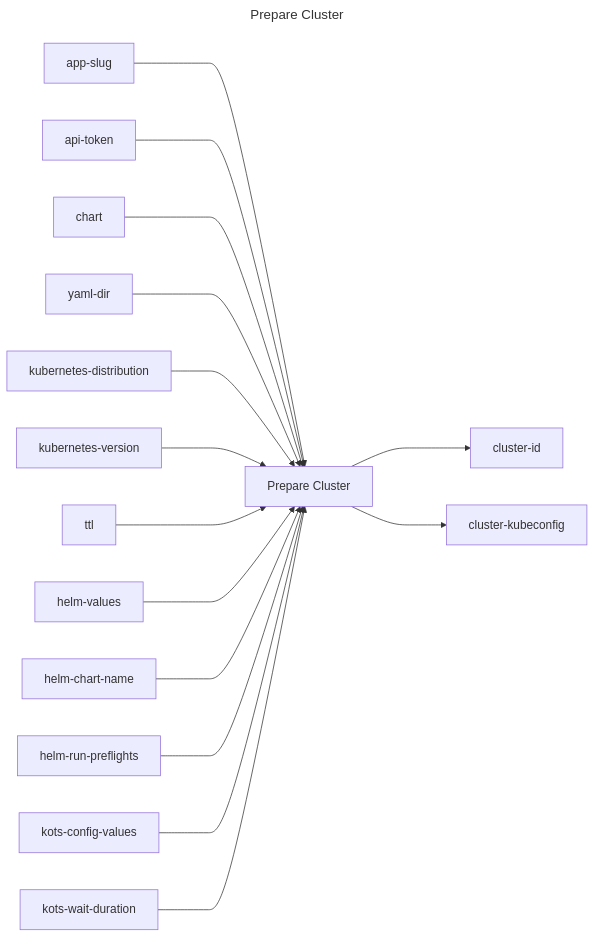
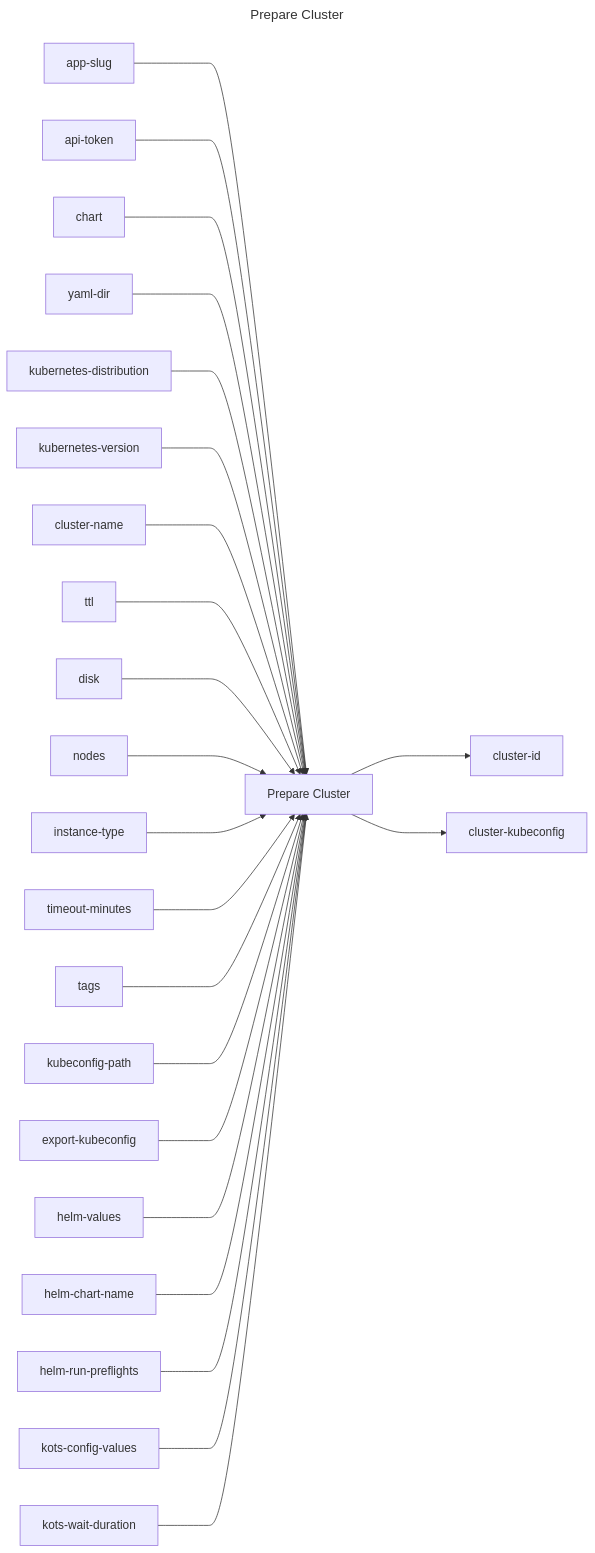
One commit to replicatedhq/replicated-actions changed the diagram in prepare-cluster/README.md. Above: the diagram before and after it, drawn with Mermaid. The commit also changed other lines of this file, not shown here.

Commit message:
Automated commit of npm build result and updated readme files

````diff
--- a/prepare-cluster/README.md
+++ b/prepare-cluster/README.md
@@ -3,35 +3,51 @@
 ```mermaid
 ---
 title: Prepare Cluster
 ---
 graph LR
 prepare_cluster["Prepare Cluster"]
 app_slug["app-slug"]
 api_token["api-token"]
 chart["chart"]
 yaml_dir["yaml-dir"]
 kubernetes_distribution["kubernetes-distribution"]
 kubernetes_version["kubernetes-version"]
+cluster_name["cluster-name"]
 ttl["ttl"]
+disk["disk"]
+nodes["nodes"]
+instance_type["instance-type"]
+timeout_minutes["timeout-minutes"]
+tags["tags"]
+kubeconfig_path["kubeconfig-path"]
+export_kubeconfig["export-kubeconfig"]
 helm_values["helm-values"]
 helm_chart_name["helm-chart-name"]
 helm_run_preflights["helm-run-preflights"]
 kots_config_values["kots-config-values"]
 kots_wait_duration["kots-wait-duration"]
 cluster_id["cluster-id"]
 cluster_kubeconfig["cluster-kubeconfig"]
 app_slug ---> prepare_cluster
 api_token ---> prepare_cluster
 chart ---> prepare_cluster
 yaml_dir ---> prepare_cluster
 kubernetes_distribution ---> prepare_cluster
 kubernetes_version ---> prepare_cluster
+cluster_name ---> prepare_cluster
 ttl ---> prepare_cluster
+disk ---> prepare_cluster
+nodes ---> prepare_cluster
+instance_type ---> prepare_cluster
+timeout_minutes ---> prepare_cluster
+tags ---> prepare_cluster
+kubeconfig_path ---> prepare_cluster
+export_kubeconfig ---> prepare_cluster
 helm_values ---> prepare_cluster
 helm_chart_name ---> prepare_cluster
 helm_run_preflights ---> prepare_cluster
 kots_config_values ---> prepare_cluster
 kots_wait_duration ---> prepare_cluster
 prepare_cluster ---> cluster_id
 prepare_cluster ---> cluster_kubeconfig
 ```
````
